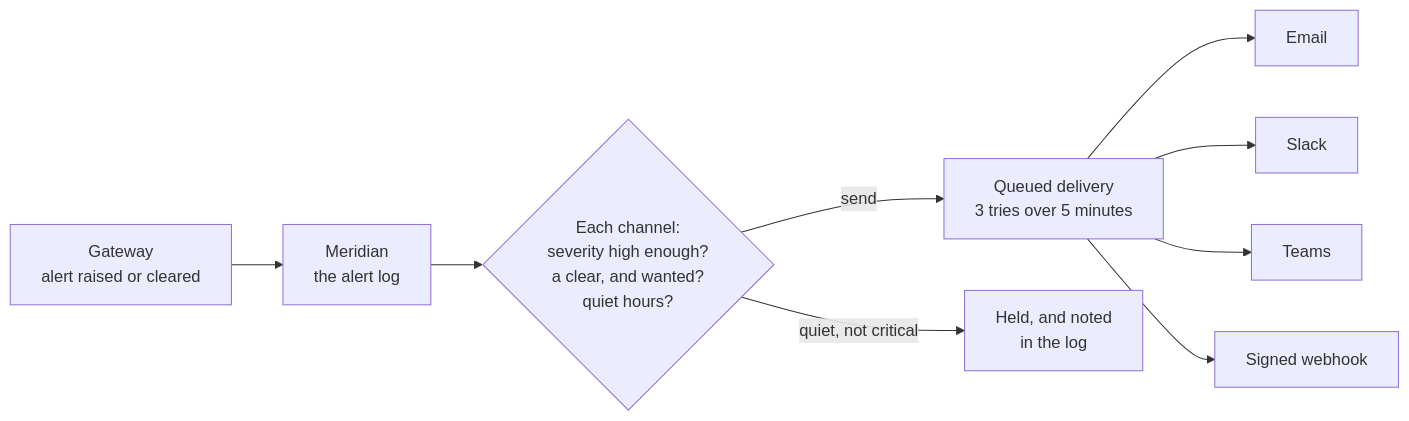
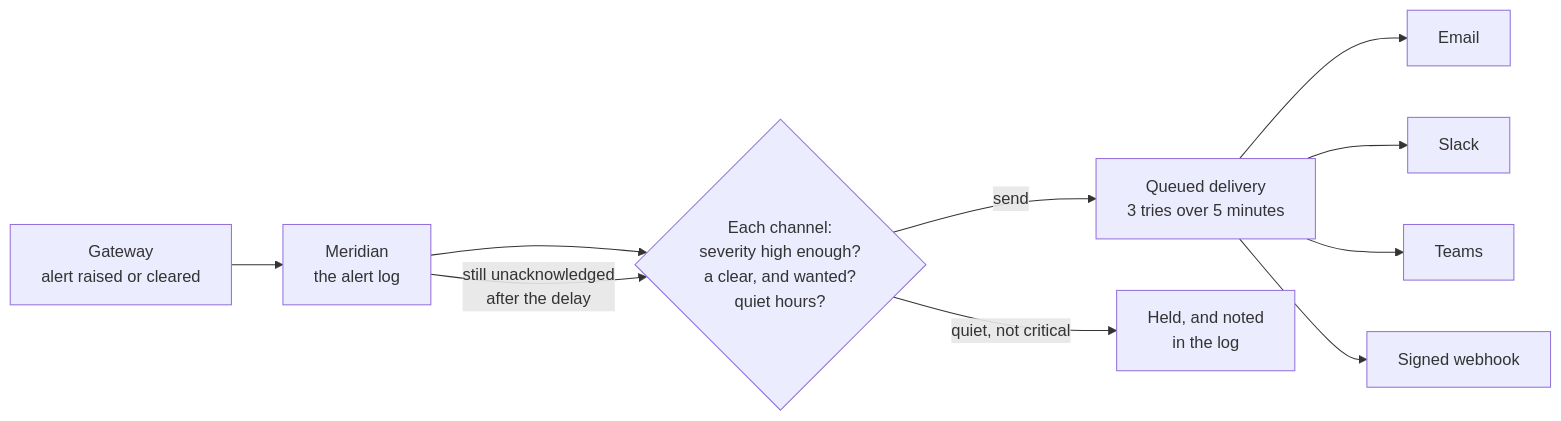
The second of 2 diagrams in docs/manual/07-alerts-time-and-what-if.md (Jarryd-W-Hoffman/digital-twin), drawn with Mermaid before and after one commit. The commit also changed other lines of this file and 25 other files, not shown here.

````diff
--- a/docs/manual/07-alerts-time-and-what-if.md
+++ b/docs/manual/07-alerts-time-and-what-if.md
@@ -69,11 +69,12 @@
 ```mermaid
 flowchart LR
     G["Gateway<br/>alert raised or cleared"] --> CP["Meridian<br/>the alert log"]
     CP --> D{"Each channel:<br/>severity high enough?<br/>a clear, and wanted?<br/>quiet hours?"}
     D -->|"send"| Q["Queued delivery<br/>3 tries over 5 minutes"]
+    CP -->|"still unacknowledged<br/>after the delay"| D
     D -->|"quiet, not critical"| H["Held, and noted<br/>in the log"]
     Q --> E["Email"]
     Q --> S["Slack"]
     Q --> T["Teams"]
     Q --> W["Signed webhook"]
 ```
````
